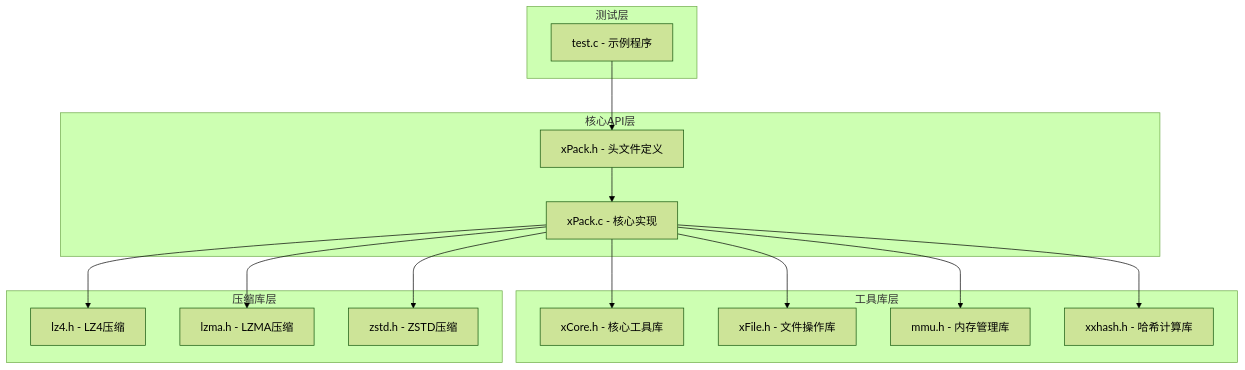
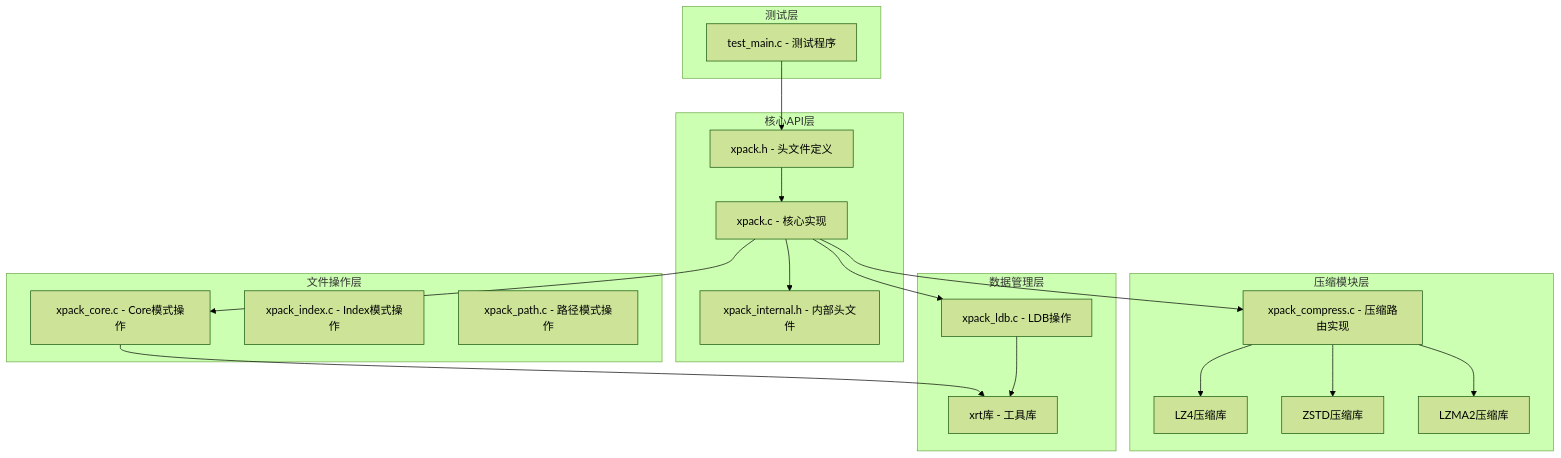
One commit to xywhsoft/xpack changed the first of 8 diagrams in .qoder/repowiki/zh/content/API参考手册/核心API函数.md. Above: the diagram before and after it, drawn with Mermaid (forest theme). The commit also changed other lines of this file and 23 other files, not shown here.

````diff
--- a/.qoder/repowiki/zh/content/API参考手册/核心API函数.md
+++ b/.qoder/repowiki/zh/content/API参考手册/核心API函数.md
@@ -32,30 +44,37 @@
 ```mermaid
 graph TB
 subgraph "核心API层"
-A[xPack.h - 头文件定义]
-B[xPack.c - 核心实现]
+A[xpack.h - 头文件定义]
+B[xpack.c - 核心实现]
+C[xpack_internal.h - 内部头文件]
 end
-subgraph "工具库层"
-C[xCore.h - 核心工具库]
-D[xFile.h - 文件操作库]
-E[mmu.h - 内存管理库]
-F[xxhash.h - 哈希计算库]
+subgraph "压缩模块层"
+D[xpack_compress.c - 压缩路由实现]
+E[LZ4压缩库]
+F[ZSTD压缩库]
+G[LZMA2压缩库]
 end
-subgraph "压缩库层"
-G[lz4.h - LZ4压缩]
-H[lzma.h - LZMA压缩]
-I[zstd.h - ZSTD压缩]
+subgraph "文件操作层"
+H[xpack_core.c - Core模式操作]
+I[xpack_index.c - Index模式操作]
+J[xpack_path.c - 路径模式操作]
+end
+subgraph "数据管理层"
+K[xpack_ldb.c - LDB操作]
+L[xrt库 - 工具库]
 end
 subgraph "测试层"
-J[test.c - 示例程序]
+M[test_main.c - 测试程序]
 end
 A --> B
 B --> C
 B --> D
-B --> E
-B --> F
-B --> G
 B --> H
-B --> I
-J --> A
+B --> K
+D --> E
+D --> F
+D --> G
+H --> L
+K --> L
+M --> A
 ```
````
